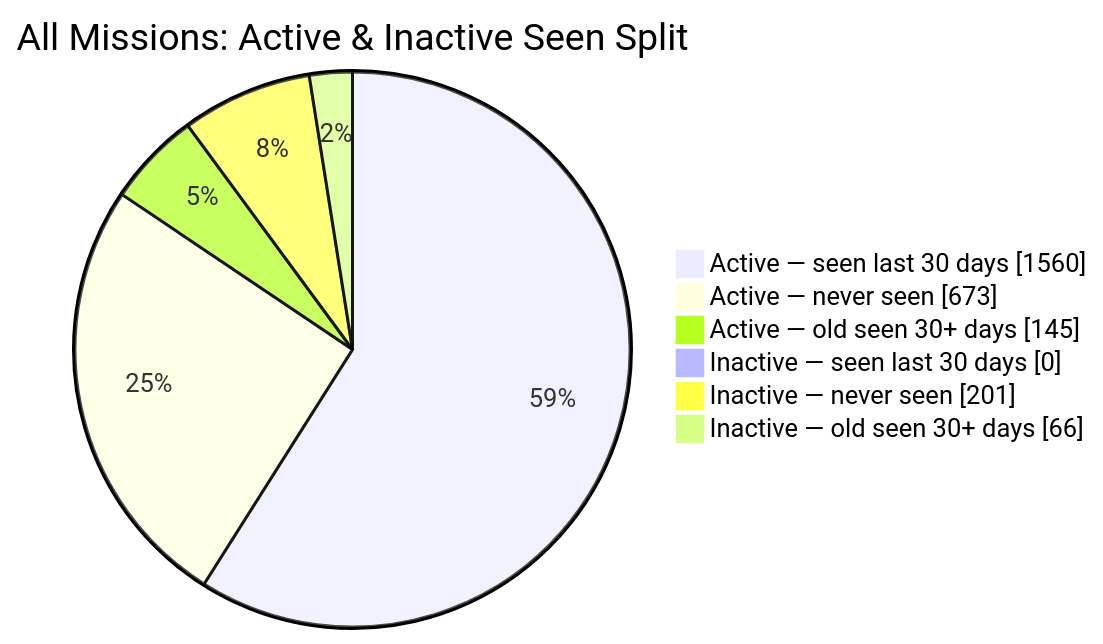
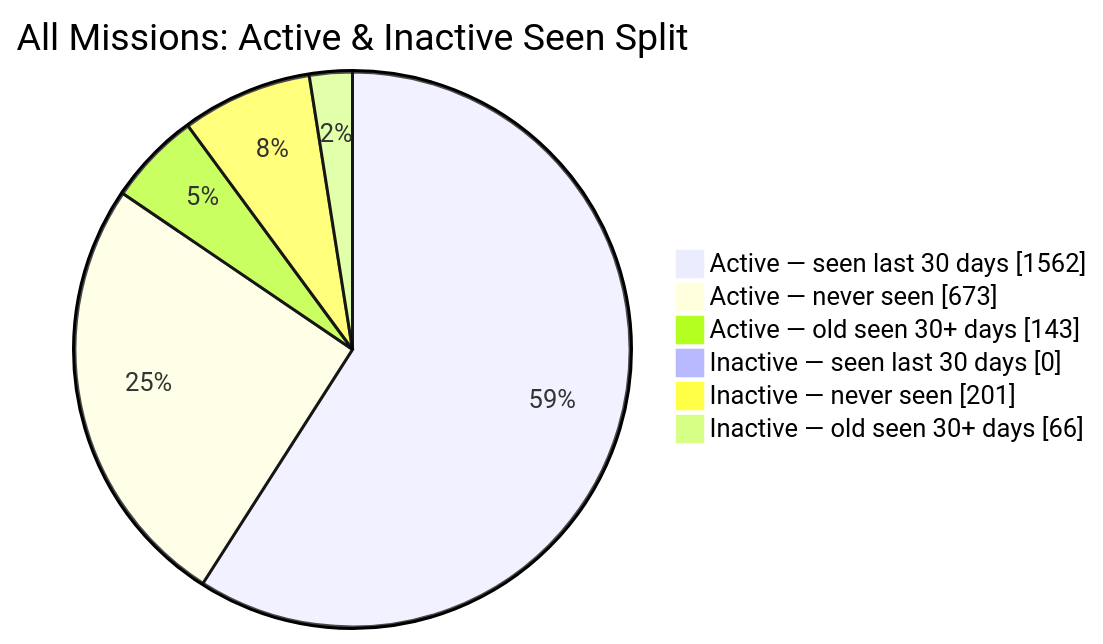
Before and after one commit to MeldkamerspelGameTeam/active-missions: the second of 2 diagrams in README.md, drawn with Mermaid. The commit also changed other lines of this file and 2 other files, not shown here.

````diff
--- a/README.md
+++ b/README.md
@@ -44,10 +44,10 @@
 ```mermaid
 pie showData
     title All Missions: Active & Inactive Seen Split
-    "Active — seen last 30 days" : 1560
+    "Active — seen last 30 days" : 1562
     "Active — never seen" : 673
-    "Active — old seen 30+ days" : 145
+    "Active — old seen 30+ days" : 143
     "Inactive — seen last 30 days" : 0
     "Inactive — never seen" : 201
     "Inactive — old seen 30+ days" : 66
 ```
````
